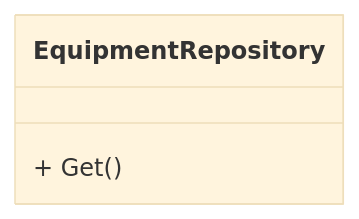
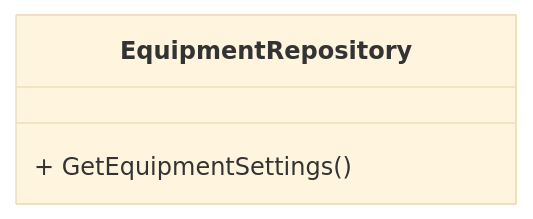
The seventh of 10 diagrams in Documents/API設計書/src/docs/6_リポジトリ.adoc (MrWangpeilin945/FlutterIOS), drawn with Mermaid (base theme) before and after one commit. The commit also changed other lines of this file and 1 other file, not shown here.

Commit message:
API設計書 ユースケースとリポジトリのクラス図を更新

```diff
--- a/Documents/API設計書/src/docs/6_リポジトリ.adoc
+++ b/Documents/API設計書/src/docs/6_リポジトリ.adoc
@@ -69,7 +71,7 @@
 [mermaid,Equipment-r-cd,png]
 ----
 classDiagram
 class EquipmentRepository {
-  + Get()
+  + GetEquipmentSettings()
 }
 ----
```
